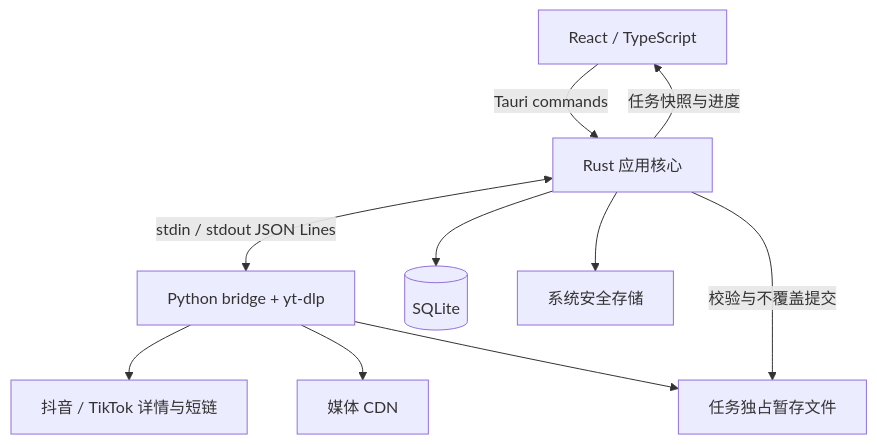
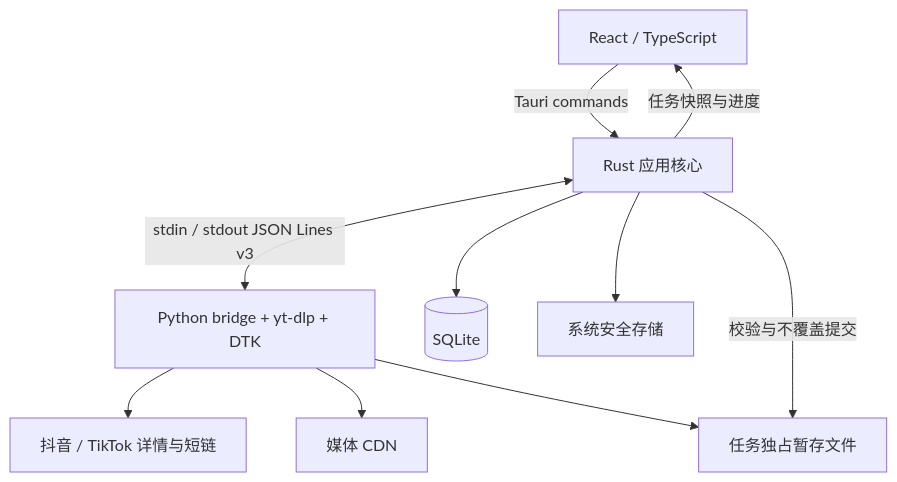
Before and after one commit to lifei6671/video-downloader: the diagram in docs/tauri-desktop-technical-plan.md, drawn with Mermaid. The commit also changed other lines of this file and 72 other files, not shown here.

````diff
--- a/docs/tauri-desktop-technical-plan.md
+++ b/docs/tauri-desktop-technical-plan.md
@@ -68,12 +70,12 @@
 ```mermaid
 flowchart TD
     UI[React / TypeScript] -->|Tauri commands| Core[Rust 应用核心]
     Core -->|任务快照与进度| UI
-    Core <-->|stdin / stdout JSON Lines| Engine[Python bridge + yt-dlp]
+    Core <-->|stdin / stdout JSON Lines v3| Engine[Python bridge + yt-dlp + DTK]
     Engine --> Platform[抖音 / TikTok 详情与短链]
     Engine --> CDN[媒体 CDN]
     Engine --> Stage[任务独占暂存文件]
     Core -->|校验与不覆盖提交| Stage
     Core --> DB[(SQLite)]
     Core --> Secrets[系统安全存储]
 ```
````
